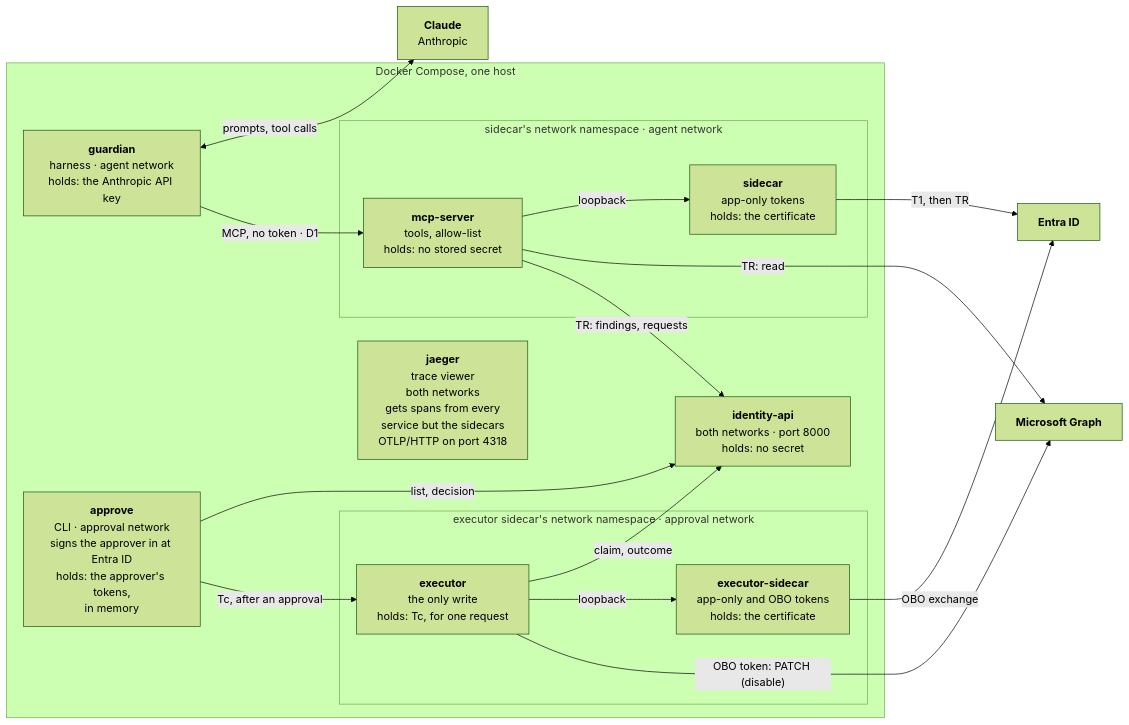
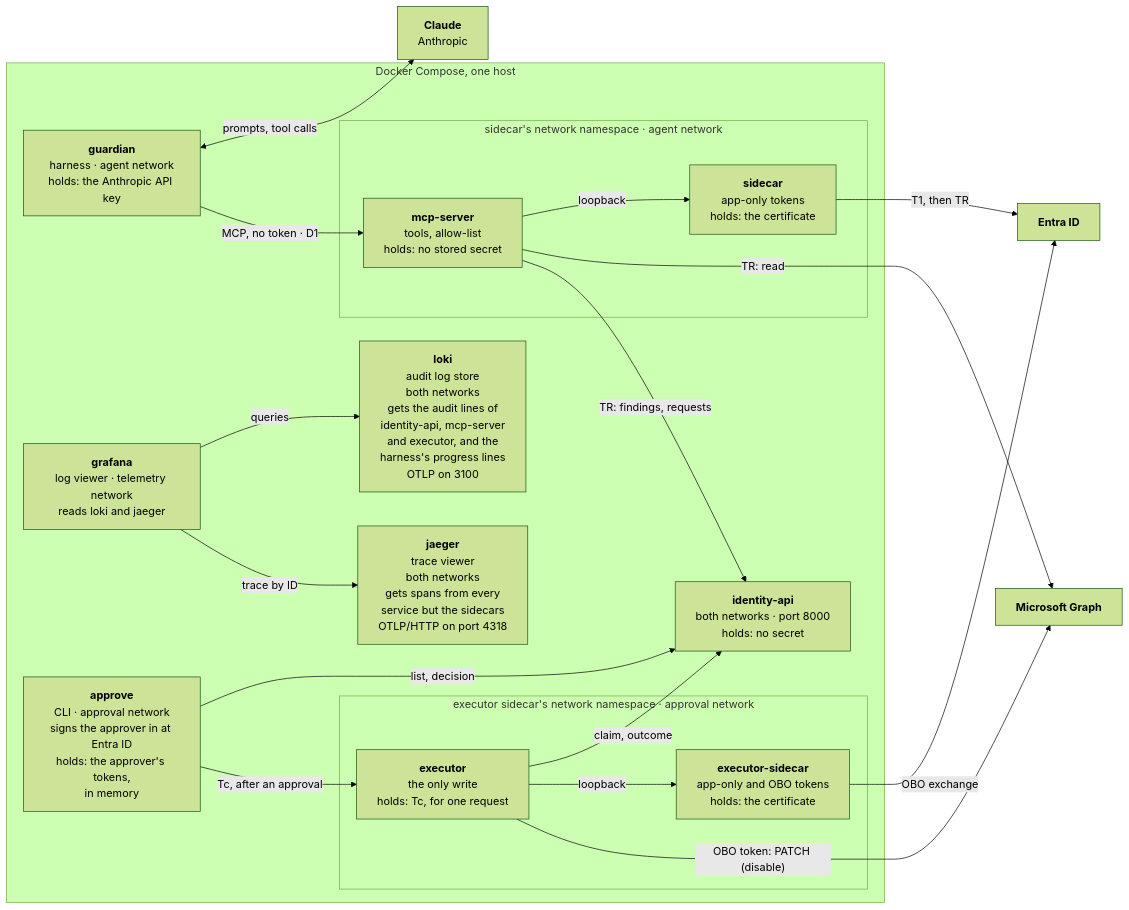
The second of 6 diagrams in docs/agent-steward-architecture.md (alireza-mpr/agent-steward), drawn with Mermaid (forest theme) before and after one commit. The commit also changed other lines of this file and 17 other files, not shown here.

First line of the commit message:
feat(observability): audit lines in Loki, Grafana, and an Agent disables dashboard

````diff
--- a/docs/agent-steward-architecture.md
+++ b/docs/agent-steward-architecture.md
@@ -102,38 +102,42 @@
 ```mermaid
 %%{init: {"flowchart": {"subGraphTitleMargin": {"top": 0, "bottom": 30}}}}%%
 flowchart LR
     MODEL["<b>Claude</b><br/>Anthropic"]
     ENTRA["<b>Entra ID</b>"]
     GRAPH["<b>Microsoft Graph</b>"]
     subgraph HOST["Docker Compose, one host"]
         HARNESS["<b>guardian</b><br/>harness · agent network<br/>holds: the Anthropic API key"]
         subgraph NS["sidecar's network namespace · agent network"]
             MCP["<b>mcp-server</b><br/>tools, allow-list<br/>holds: no stored secret"]
             SIDECAR["<b>sidecar</b><br/>app-only tokens<br/>holds: the certificate"]
         end
         JAEGER["<b>jaeger</b><br/>trace viewer<br/>both networks<br/>gets spans from every<br/>service but the sidecars<br/>OTLP/HTTP on port 4318"]
+        LOKI["<b>loki</b><br/>audit log store<br/>both networks<br/>gets the audit lines of<br/>identity-api, mcp-server<br/>and executor, and the<br/>harness's progress lines<br/>OTLP on 3100"]
+        GRAFANA["<b>grafana</b><br/>log viewer · telemetry network<br/>reads loki and jaeger"]
         API["<b>identity-api</b><br/>both networks · port 8000<br/>holds: no secret"]
         APPROVE["<b>approve</b><br/>CLI · approval network<br/>signs the approver in at Entra ID<br/>holds: the approver's tokens,<br/>in memory"]
         subgraph NSX["executor sidecar's network namespace · approval network"]
             EXEC["<b>executor</b><br/>the only write<br/>holds: Tc, for one request"]
             XSIDECAR["<b>executor-sidecar</b><br/>app-only and OBO tokens<br/>holds: the certificate"]
         end
     end
 
     HARNESS <-->|"prompts, tool calls"| MODEL
     HARNESS -->|"MCP, no token · D1"| MCP
     MCP -->|"loopback"| SIDECAR
     SIDECAR -->|"T1, then TR"| ENTRA
     MCP -->|"TR: read"| GRAPH
     MCP -->|"TR: findings, requests"| API
     APPROVE -->|"list, decision"| API
     APPROVE -->|"Tc, after an approval"| EXEC
     XSIDECAR -->|"OBO exchange"| ENTRA
     EXEC -->|"claim, outcome"| API
     EXEC -->|"loopback"| XSIDECAR
     EXEC -->|"OBO token: PATCH (disable)"| GRAPH
     %% invisible link: keeps Graph in the right column, next to Entra ID
     API ~~~ GRAPH
     %% invisible link: keeps jaeger in the middle, clear of the other lines
     JAEGER ~~~ API
+    GRAFANA -->|"queries"| LOKI
+    GRAFANA -->|"trace by ID"| JAEGER
 ```
````
